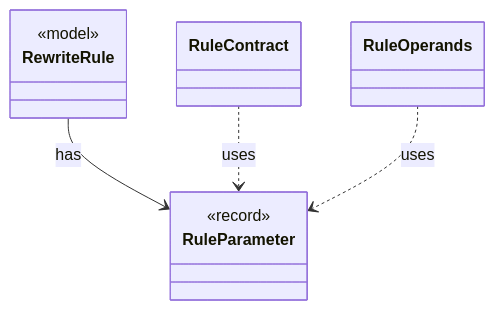
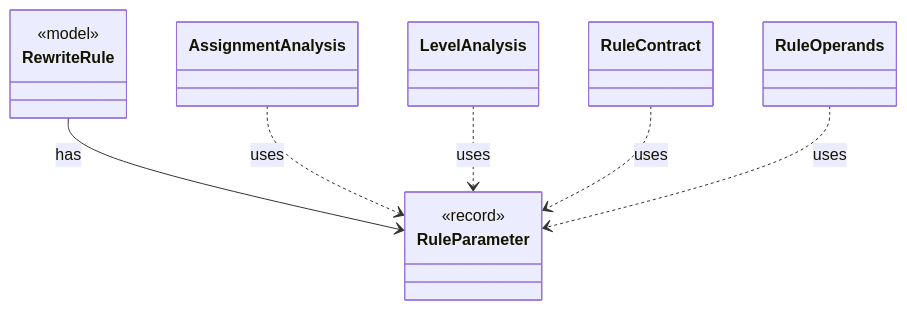
One commit to tlaplus/model-checker-hardening changed the diagram in dev/types/io.github.tlaplus.hardening.gen.rewrite.RuleParameter.md. Above: the diagram before and after it, drawn with Mermaid. The commit also changed other lines of this file and 405 other files, not shown here.

````diff
--- a/dev/types/io.github.tlaplus.hardening.gen.rewrite.RuleParameter.md
+++ b/dev/types/io.github.tlaplus.hardening.gen.rewrite.RuleParameter.md
@@ -9,14 +9,18 @@
 ```mermaid
 classDiagram
   class RuleParameter {
     <<record>>
   }
   class RewriteRule {
     <<model>>
   }
+  class AssignmentAnalysis
+  class LevelAnalysis
   class RuleContract
   class RuleOperands
   RewriteRule --> RuleParameter : has
+  AssignmentAnalysis ..> RuleParameter : uses
+  LevelAnalysis ..> RuleParameter : uses
   RuleContract ..> RuleParameter : uses
   RuleOperands ..> RuleParameter : uses
 ```
````
